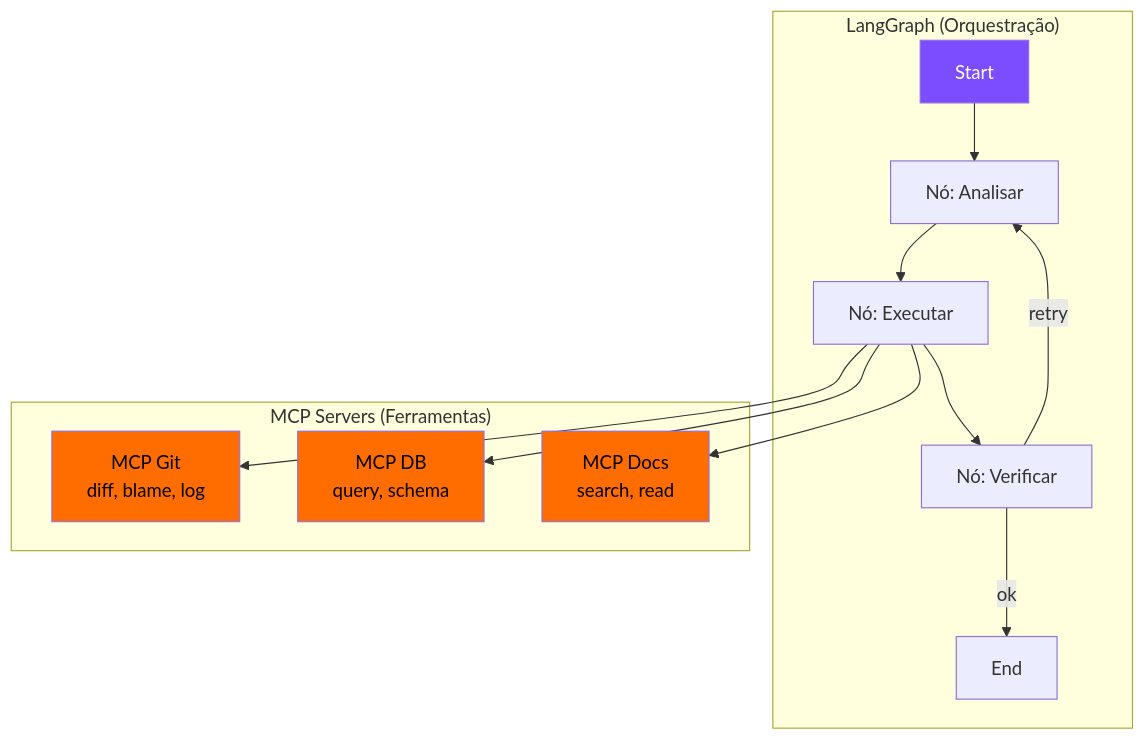
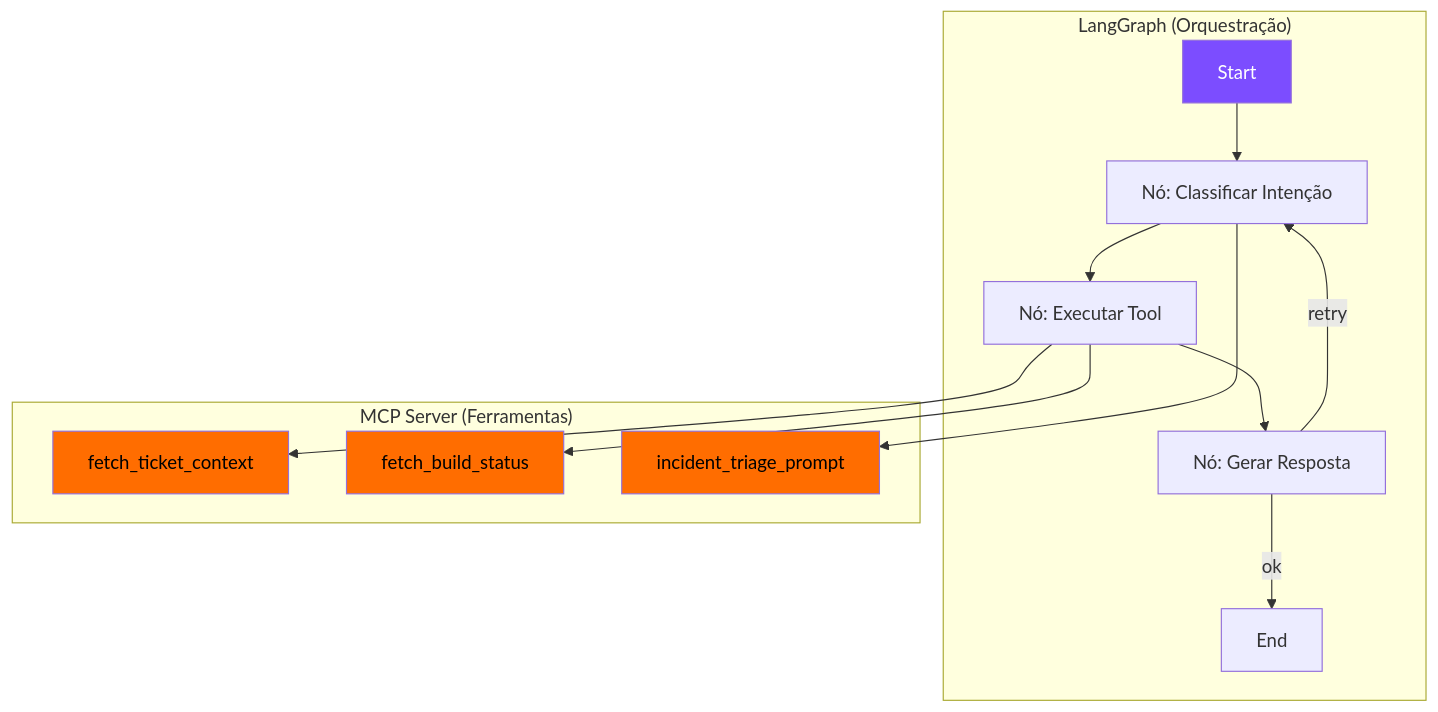
One commit to IA-para-DEVs-SD/AI4devs changed the seventh of 7 diagrams in docs/bloco2/s04-mcp-langgraph.md. Above: the diagram before and after it, drawn with Mermaid. The commit also changed other lines of this file and 4 other files, not shown here.

````diff
--- a/docs/bloco2/s04-mcp-langgraph.md
+++ b/docs/bloco2/s04-mcp-langgraph.md
@@ -126,23 +220,24 @@
 ```mermaid
 flowchart TD
     subgraph "LangGraph (Orquestração)"
-        S[Start] --> N1[Nó: Analisar]
-        N1 --> N2[Nó: Executar]
-        N2 --> N3[Nó: Verificar]
+        S[Start] --> N1[Nó: Classificar Intenção]
+        N1 --> N2[Nó: Executar Tool]
+        N2 --> N3[Nó: Gerar Resposta]
         N3 -->|retry| N1
         N3 -->|ok| E[End]
     end
     
-    subgraph "MCP Servers (Ferramentas)"
-        MCP1[MCP Git<br/>diff, blame, log]
-        MCP2[MCP DB<br/>query, schema]
-        MCP3[MCP Docs<br/>search, read]
+    subgraph "MCP Server (Ferramentas)"
+        MCP1[fetch_ticket_context]
+        MCP2[fetch_build_status]
+        MCP3[incident_triage_prompt]
     end
     
-    N2 --> MCP1 & MCP2 & MCP3
+    N2 --> MCP1 & MCP2
+    N1 --> MCP3
     
     style S fill:#7c4dff,color:#fff
     style MCP1 fill:#ff6d00,color:#000
     style MCP2 fill:#ff6d00,color:#000
     style MCP3 fill:#ff6d00,color:#000
 ```
````
